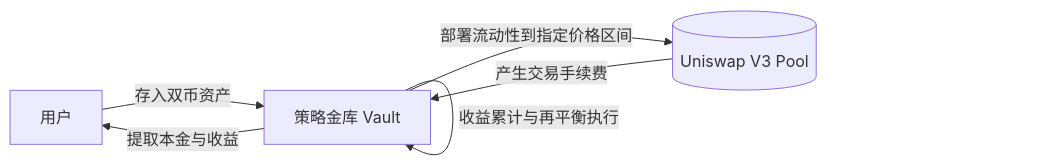
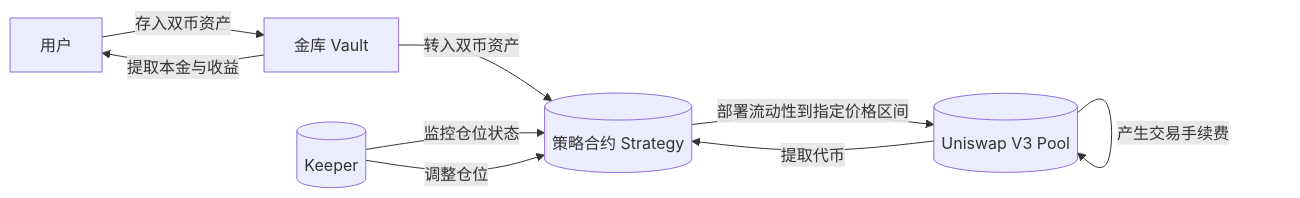
The diagram in README.md (songkai237/cls-vault), drawn with Mermaid before and after one commit. The commit also changed other lines of this file and 2 other files, not shown here.

````diff
--- a/README.md
+++ b/README.md
@@ -45,12 +42,17 @@
 ```mermaid
 flowchart LR
     U[用户]
-    V[策略金库 Vault]
+    V[金库 Vault]
+    K[(Keeper)]
+    S[(策略合约 Strategy)]
     P[(Uniswap V3 Pool)]
 
     U -->|存入双币资产| V
-    V -->|部署流动性到指定价格区间| P
-    P -->|产生交易手续费| V
-    V -->|收益累计与再平衡执行| V
+    V -->|转入双币资产| S
+    S -->|部署流动性到指定价格区间| P
+    K -->|监控仓位状态| S
+    K -->|调整仓位| S
+    P -->|产生交易手续费| P
+    P -->|提取代币| S
     V -->|提取本金与收益| U
 ```
````
